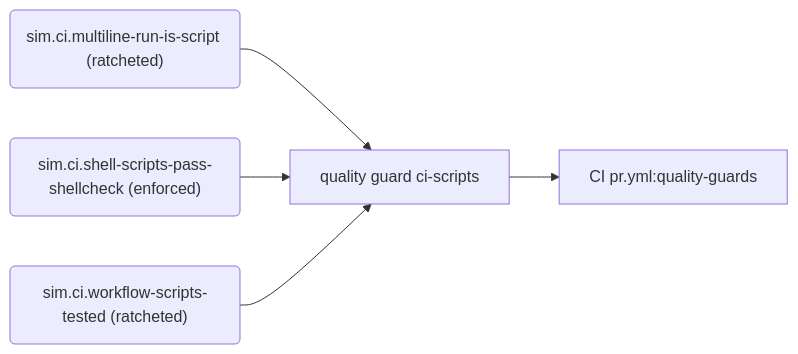
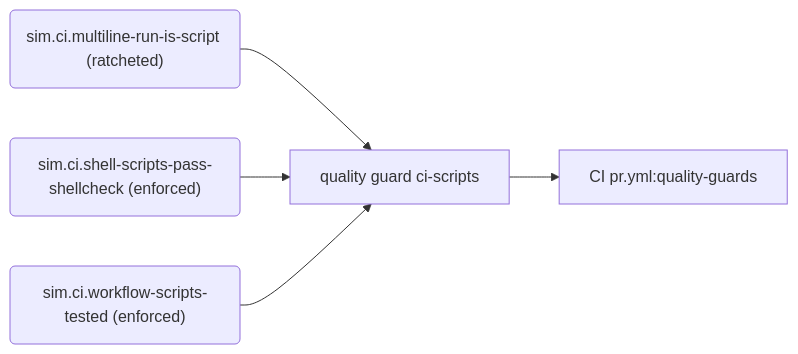
The seventh of 8 diagrams in docs/generated/rules.md (PolicyEngine/policyengine-sim-api), drawn with Mermaid before and after one commit. The commit also changed other lines of this file and 5 other files, not shown here.

````diff
--- a/docs/generated/rules.md
+++ b/docs/generated/rules.md
@@ -284,12 +283,12 @@
 ```mermaid
 flowchart LR
   r_sim_ci_multiline_run_is_script("sim.ci.multiline-run-is-script (ratcheted)")
   e_quality_guard_ci_scripts["quality guard ci-scripts"]
   j_CI_pr_yml_quality_guards["CI pr.yml:quality-guards"]
   r_sim_ci_shell_scripts_pass_shellcheck("sim.ci.shell-scripts-pass-shellcheck (enforced)")
-  r_sim_ci_workflow_scripts_tested("sim.ci.workflow-scripts-tested (ratcheted)")
+  r_sim_ci_workflow_scripts_tested("sim.ci.workflow-scripts-tested (enforced)")
   r_sim_ci_multiline_run_is_script --> e_quality_guard_ci_scripts
   e_quality_guard_ci_scripts --> j_CI_pr_yml_quality_guards
   r_sim_ci_shell_scripts_pass_shellcheck --> e_quality_guard_ci_scripts
   r_sim_ci_workflow_scripts_tested --> e_quality_guard_ci_scripts
 ```
````
